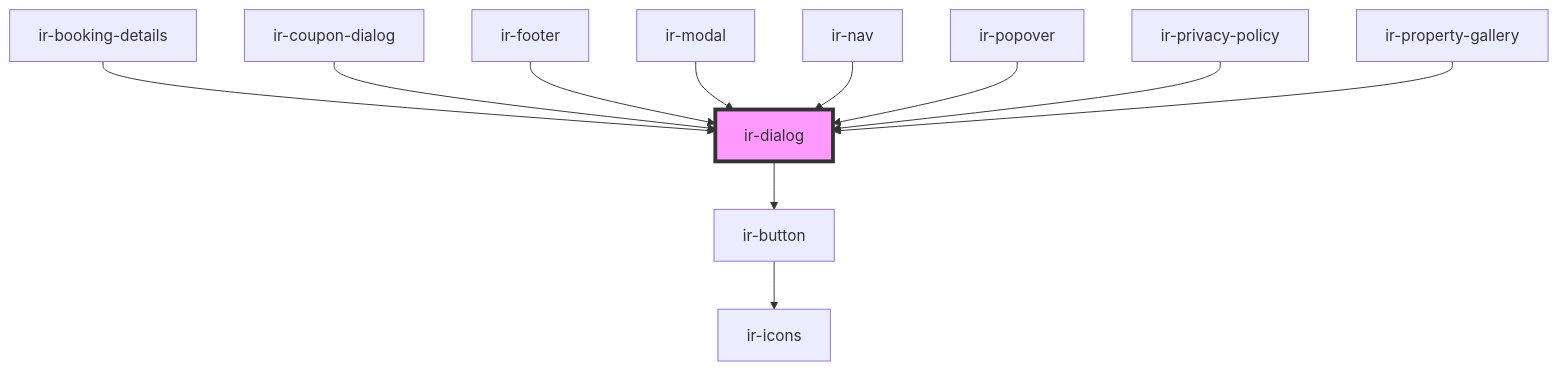
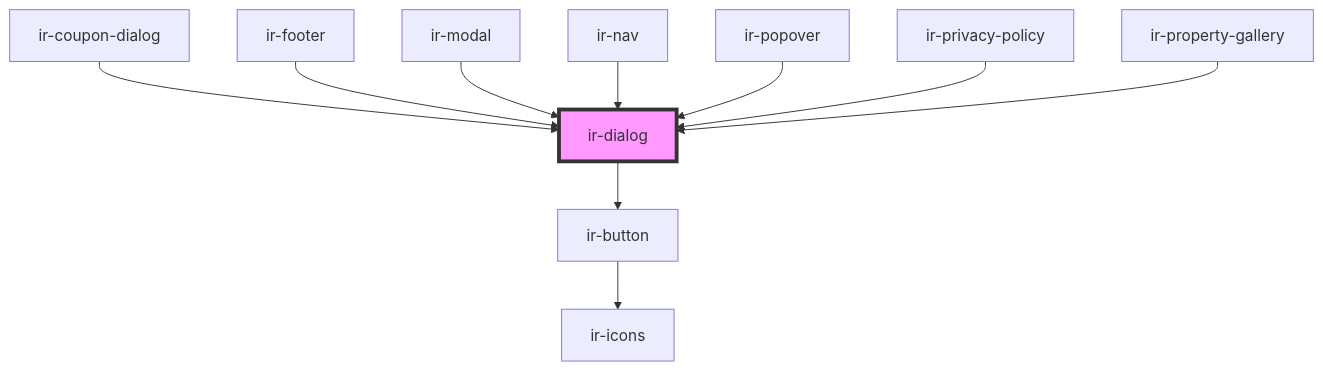
The diagram in src/components/ui/ir-dialog/readme.md (RonyRizk/ir-be), drawn with Mermaid before and after one commit. The commit also changed other lines of this file and 15 other files, not shown here.

````diff
--- a/src/components/ui/ir-dialog/readme.md
+++ b/src/components/ui/ir-dialog/readme.md
@@ -63,14 +62,13 @@
 ```mermaid
 graph TD;
   ir-dialog --> ir-button
   ir-button --> ir-icons
-  ir-booking-details --> ir-dialog
   ir-coupon-dialog --> ir-dialog
   ir-footer --> ir-dialog
   ir-modal --> ir-dialog
   ir-nav --> ir-dialog
   ir-popover --> ir-dialog
   ir-privacy-policy --> ir-dialog
   ir-property-gallery --> ir-dialog
   style ir-dialog fill:#f9f,stroke:#333,stroke-width:4px
 ```
````
